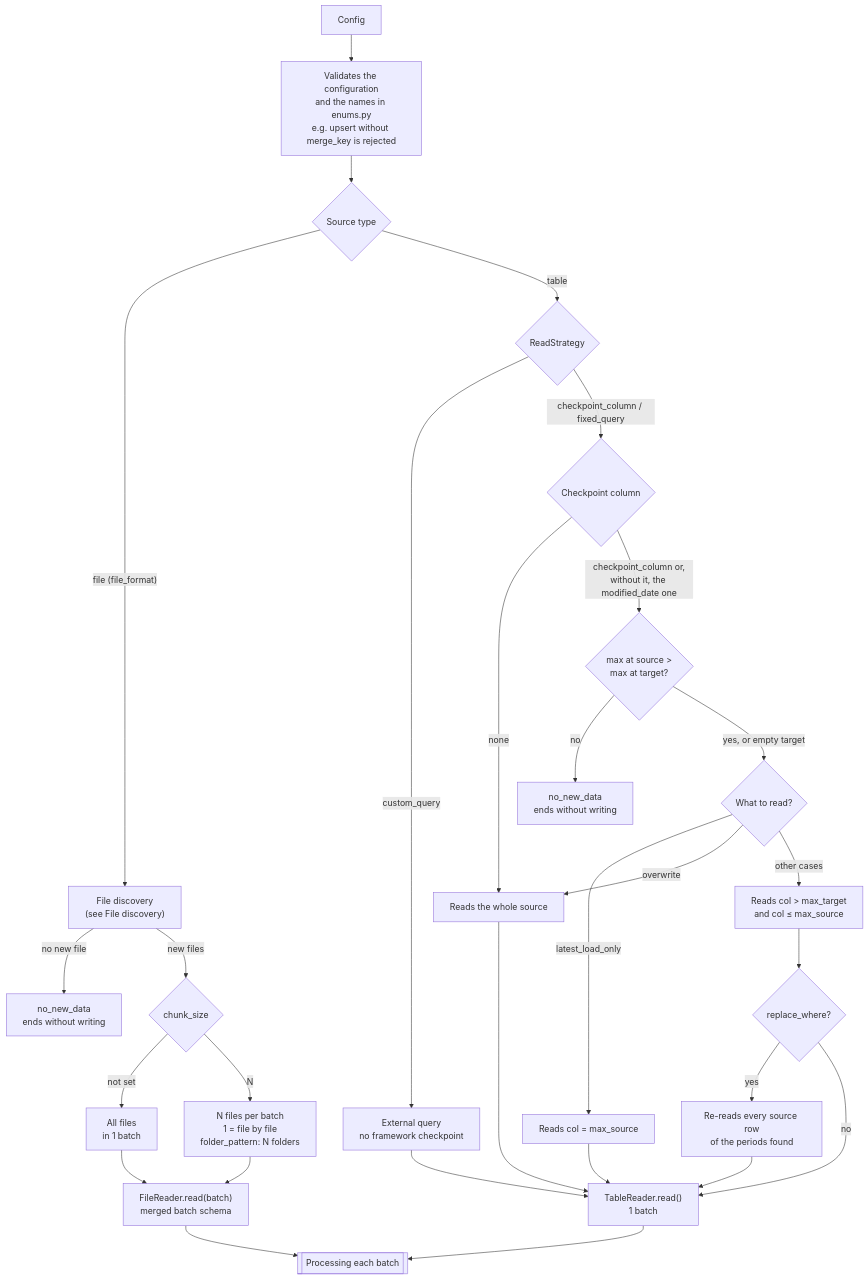
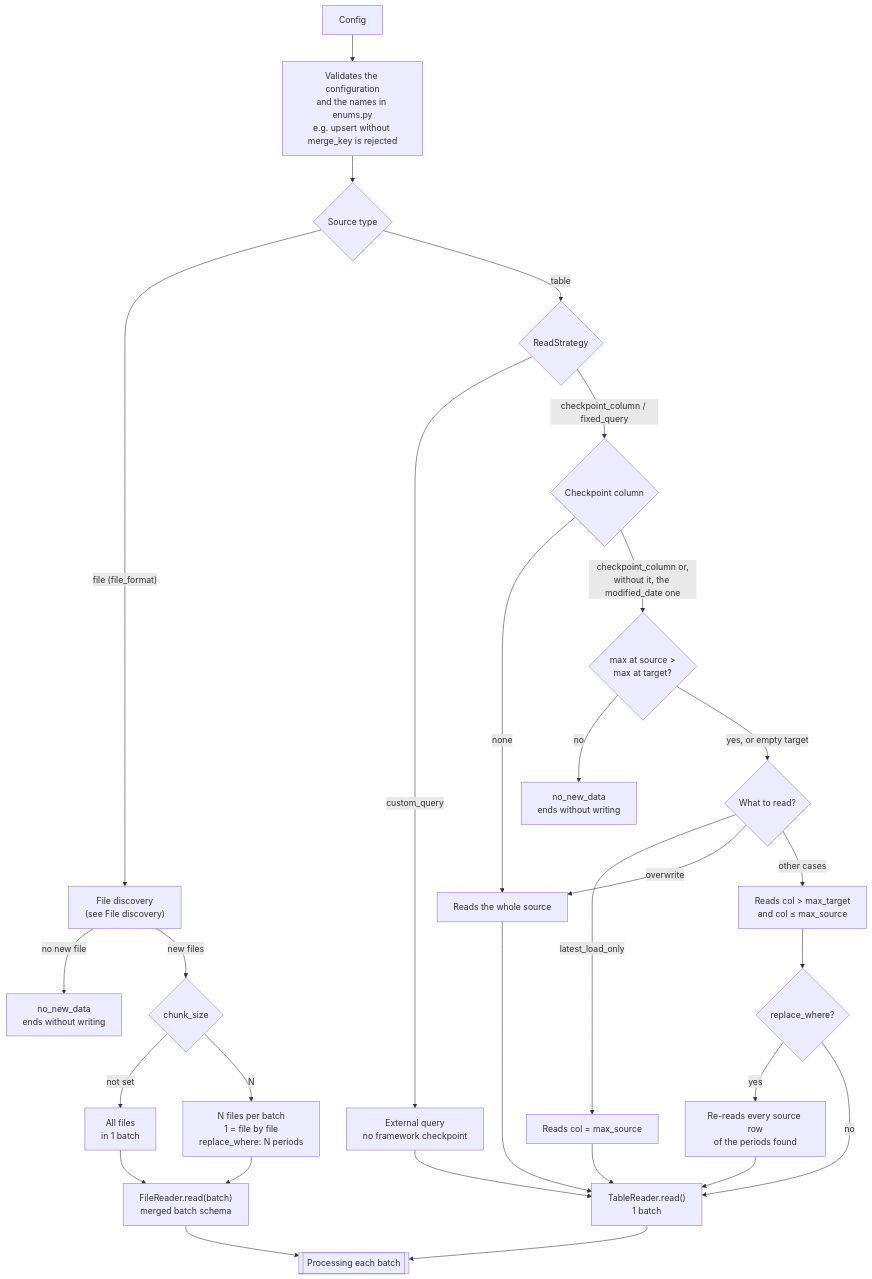
Before and after one commit to ltofanelli/data-processing-framework: the first of 9 diagrams in docs/architecture.md, drawn with Mermaid. The commit also changed other lines of this file and 1 other file, not shown here.

First line of the commit message:
Read whole periods in file replace_where loads (#3)

````diff
--- a/docs/architecture.md
+++ b/docs/architecture.md
@@ -24,30 +24,30 @@
 ```mermaid
 flowchart TD
     CFG["Config"] --> VAL["Validates the configuration<br/>and the names in enums.py<br/>e.g. upsert without merge_key is rejected"]
     VAL --> SRC{"Source type"}
 
     SRC -->|"file (file_format)"| DISC["File discovery<br/>(see File discovery)"]
     DISC -->|no new file| NONEW_F["no_new_data<br/>ends without writing"]
     DISC -->|new files| BATCH{"chunk_size"}
     BATCH -->|not set| B3["All files<br/>in 1 batch"]
-    BATCH -->|N| B2["N files per batch<br/>1 = file by file<br/>folder_pattern: N folders"]
+    BATCH -->|N| B2["N files per batch<br/>1 = file by file<br/>replace_where: N periods"]
     B2 & B3 --> FREAD["FileReader.read(batch)<br/>merged batch schema"]
 
     SRC -->|table| TSTRAT{"ReadStrategy"}
     TSTRAT -->|custom_query| T3["External query<br/>no framework checkpoint"]
     TSTRAT -->|"checkpoint_column / fixed_query"| CK{"Checkpoint column"}
     CK -->|none| TFULL["Reads the whole source"]
     CK -->|"checkpoint_column or,<br/>without it, the modified_date one"| MAX{"max at source ><br/>max at target?"}
     MAX -->|no| NONEW_T["no_new_data<br/>ends without writing"]
     MAX -->|"yes, or empty target"| HOW{"What to read?"}
     HOW -->|latest_load_only| T2["Reads col = max_source"]
     HOW -->|overwrite| TFULL
     HOW -->|other cases| T1["Reads col > max_target<br/>and col ≤ max_source"]
     T1 --> RWT{"replace_where?"}
     RWT -->|yes| TPER["Re-reads every source row<br/>of the periods found"]
     RWT -->|no| TREAD["TableReader.read()<br/>1 batch"]
     TPER & T2 & T3 & TFULL --> TREAD
 
     FREAD --> PROC[["Processing each batch"]]
     TREAD --> PROC
 ```
````
